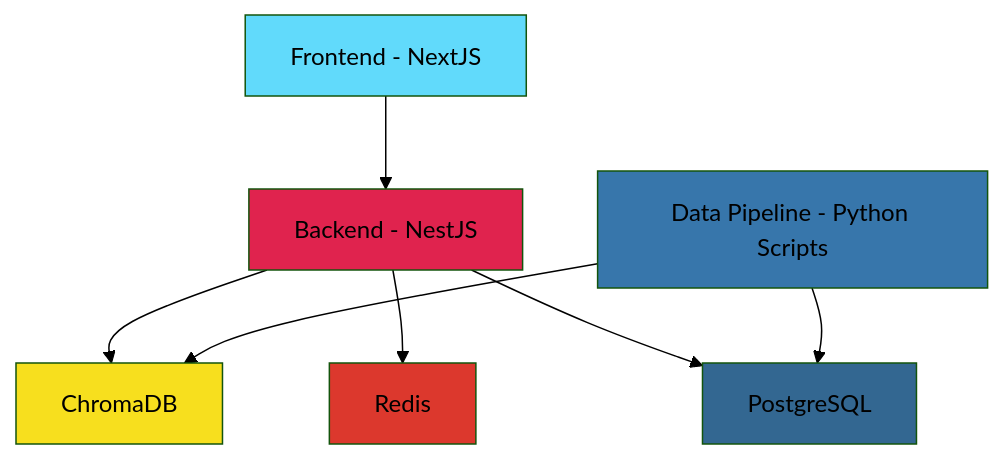
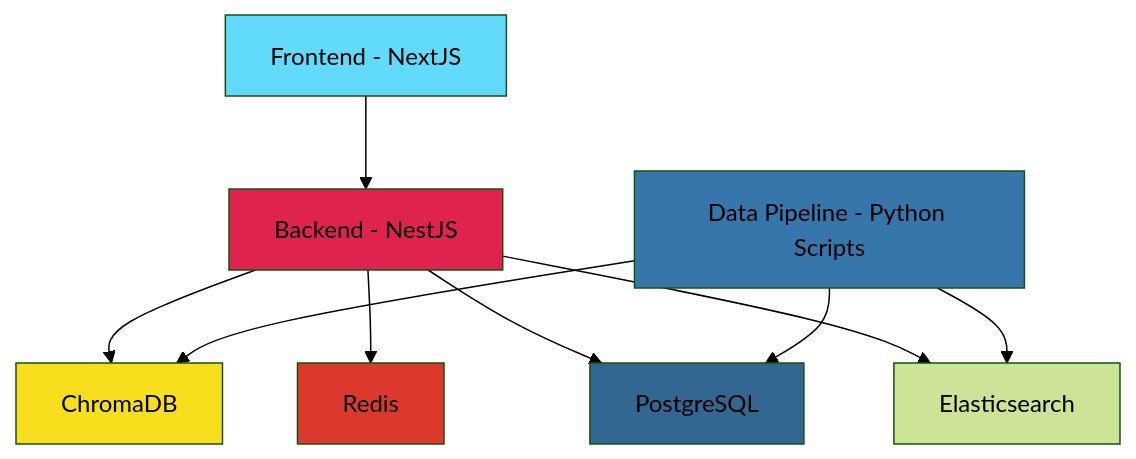
One commit to pedrohugorm/pp-challenge changed the first of 2 diagrams in README.md. Above: the diagram before and after it, drawn with Mermaid (forest theme). The commit also changed other lines of this file, not shown here.

````diff
--- a/README.md
+++ b/README.md
@@ -37,16 +37,18 @@
 ```mermaid
 graph TB
     A[Frontend - NextJS] --> B[Backend - NestJS]
     B --> C[ChromaDB]
     B --> D[Redis]
     B --> E[PostgreSQL]
+    B --> G[Elasticsearch]
     F[Data Pipeline - Python Scripts] --> C
     F --> E
+    F --> G
     
     style A fill:#61dafb,color:#000000
     style B fill:#e0234e
     style C fill:#f7df1e,color:#000000
     style D fill:#dc382d
     style E fill:#336791
     style F fill:#3776ab
 ```
````
